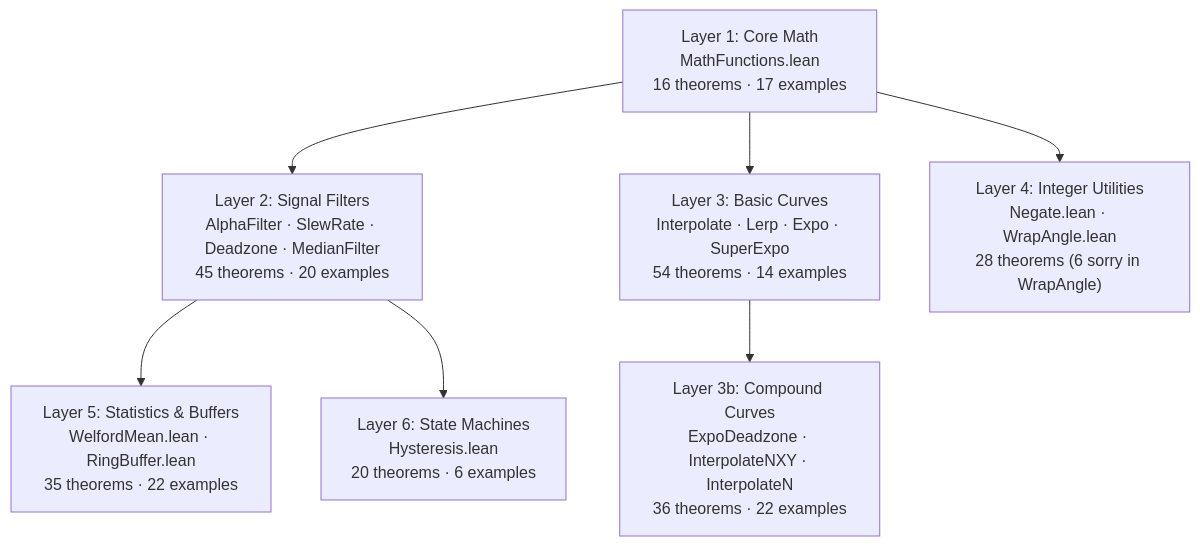
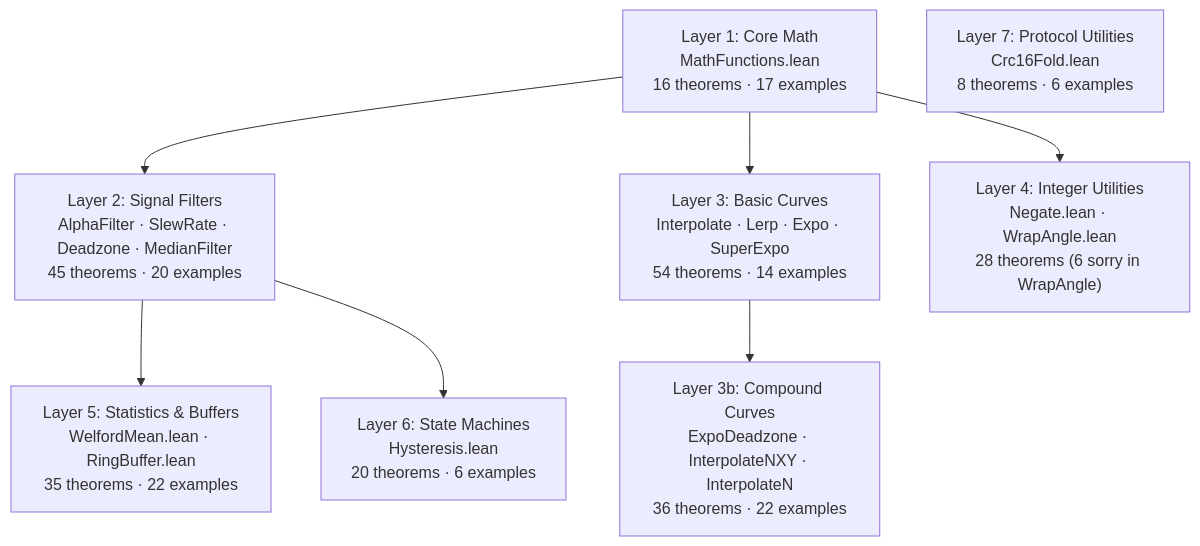
One commit to dsyme/PX4-Autopilot changed the first of 14 diagrams in formal-verification/REPORT.md. Above: the diagram before and after it, drawn with Mermaid. The commit also changed other lines of this file and 3 other files, not shown here.

First line of the commit message:
feat(formal-verification): Crc16Fold fold/split proof + report/correspondence update (run51)

````diff
--- a/formal-verification/REPORT.md
+++ b/formal-verification/REPORT.md
@@ -36,16 +36,17 @@
 ```mermaid
 graph TD
     L1["Layer 1: Core Math<br/>MathFunctions.lean<br/>16 theorems · 17 examples"]
     L2a["Layer 2: Signal Filters<br/>AlphaFilter · SlewRate · Deadzone · MedianFilter<br/>45 theorems · 20 examples"]
     L2b["Layer 3: Basic Curves<br/>Interpolate · Lerp · Expo · SuperExpo<br/>54 theorems · 14 examples"]
     L2c["Layer 3b: Compound Curves<br/>ExpoDeadzone · InterpolateNXY · InterpolateN<br/>36 theorems · 22 examples"]
     L4["Layer 4: Integer Utilities<br/>Negate.lean · WrapAngle.lean<br/>28 theorems (6 sorry in WrapAngle)"]
     L5["Layer 5: Statistics & Buffers<br/>WelfordMean.lean · RingBuffer.lean<br/>35 theorems · 22 examples"]
     L6["Layer 6: State Machines<br/>Hysteresis.lean<br/>20 theorems · 6 examples"]
+    L7["Layer 7: Protocol Utilities<br/>Crc16Fold.lean<br/>8 theorems · 6 examples"]
     L1 --> L2a
     L1 --> L2b
     L2b --> L2c
     L1 --> L4
     L2a --> L5
     L2a --> L6
 ```
````
